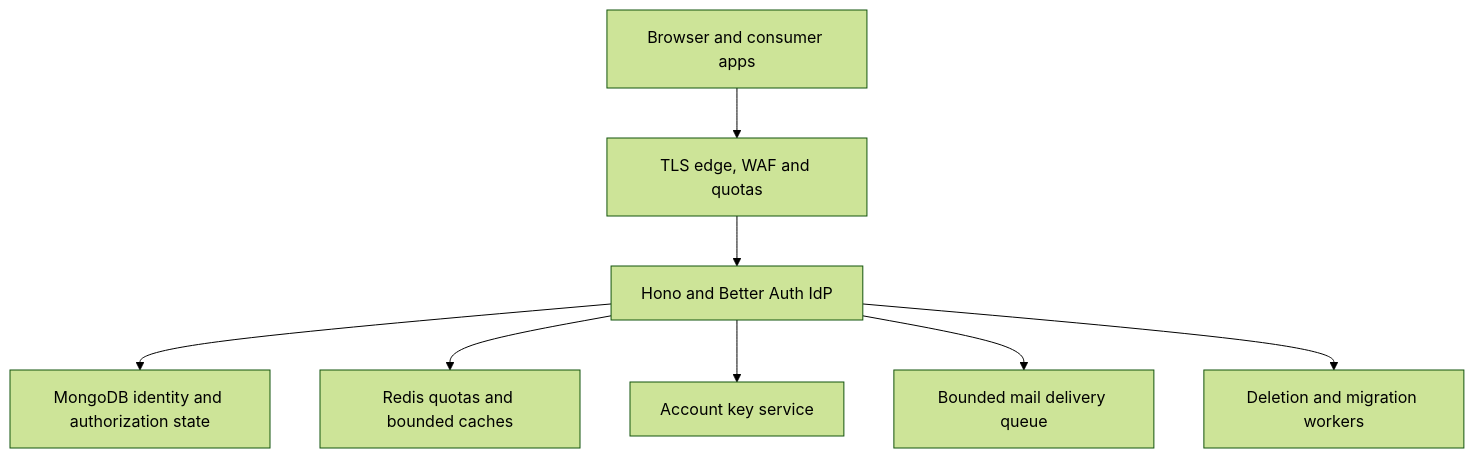
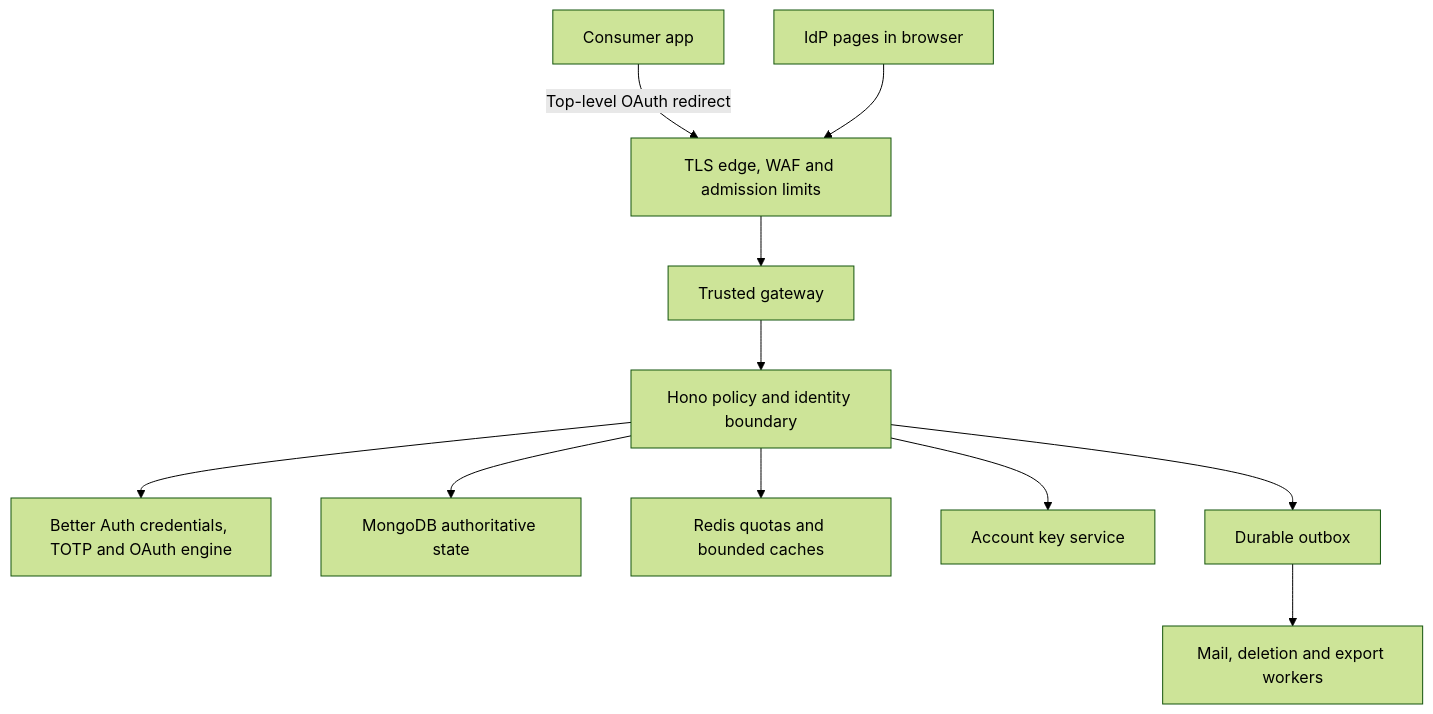
The diagram in docs/ARCHITECTURE.md (SGOD-pro/OAuth2.1), drawn with Mermaid (forest theme) before and after one commit. The commit also changed other lines of this file and 22 other files, not shown here.

Commit message:
docs: expand V2 architecture, identity workflows and implementation roadmap

````diff
--- a/docs/ARCHITECTURE.md
+++ b/docs/ARCHITECTURE.md
@@ -29,10 +57,13 @@
 ```mermaid
 flowchart TD
-    Browser["Browser and consumer apps"] --> Edge["TLS edge, WAF and quotas"]
-    Edge --> IdP["Hono and Better Auth IdP"]
-    IdP --> Mongo["MongoDB identity and authorization state"]
-    IdP --> Redis["Redis quotas and bounded caches"]
-    IdP --> Keys["Account key service"]
-    IdP --> Mail["Bounded mail delivery queue"]
-    IdP --> Jobs["Deletion and migration workers"]
+    Consumer["Consumer app"] -->|"Top-level OAuth redirect"| Edge["TLS edge, WAF and admission limits"]
+    Browser["IdP pages in browser"] --> Edge
+    Edge --> Gateway["Trusted gateway"]
+    Gateway --> API["Hono policy and identity boundary"]
+    API --> Engine["Better Auth credentials, TOTP and OAuth engine"]
+    API --> State["MongoDB authoritative state"]
+    API --> Cache["Redis quotas and bounded caches"]
+    API --> Vault["Account key service"]
+    API --> Outbox["Durable outbox"]
+    Outbox --> Workers["Mail, deletion and export workers"]
 ```
````
